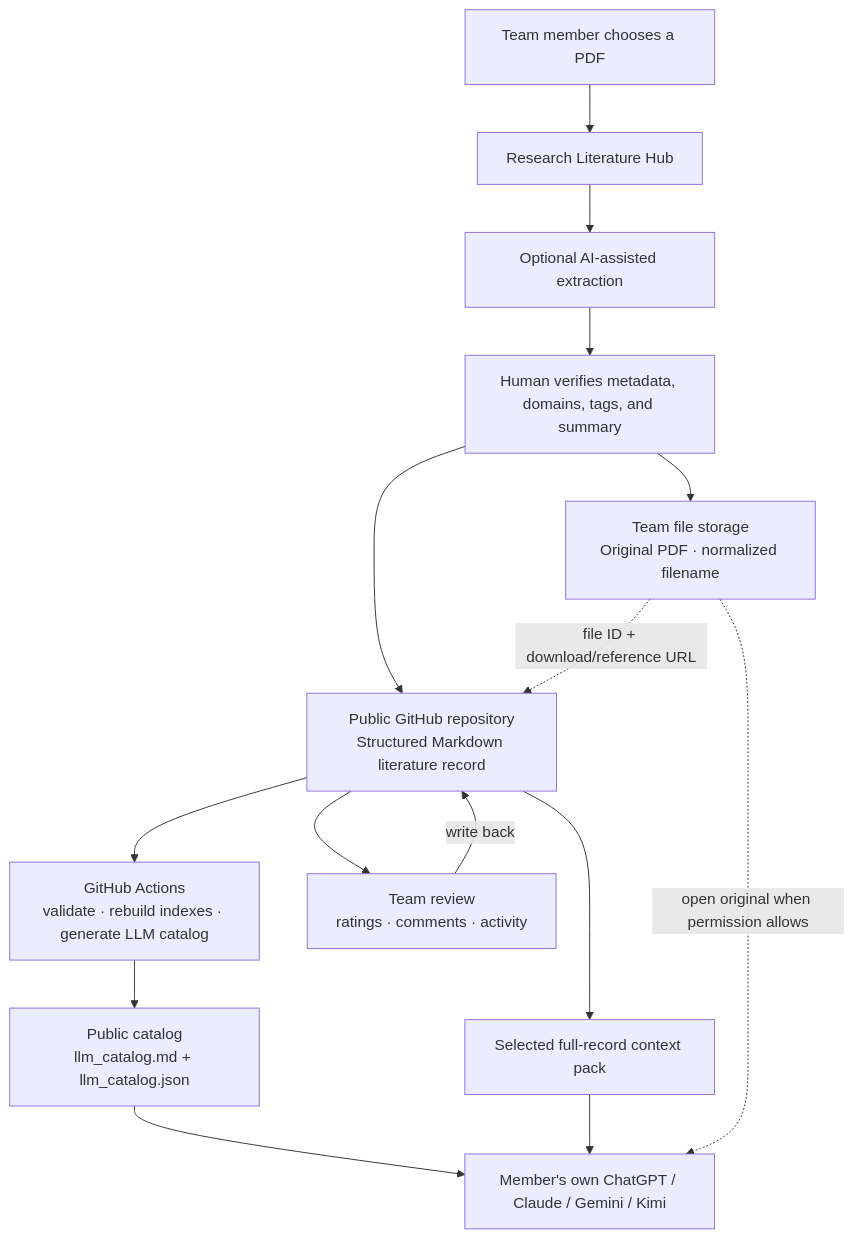
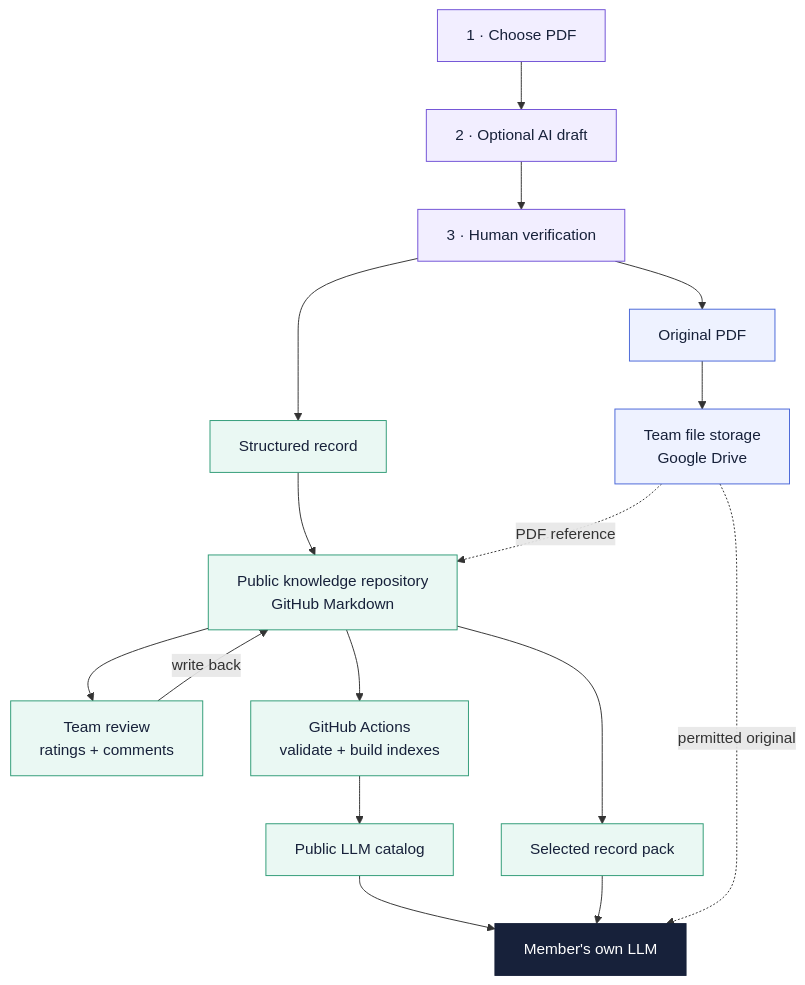
Before and after one commit to yzyzieee/Research-Literature-Hub: the diagram in README.md, drawn with Mermaid. The commit also changed 1 other file, not shown here.

Commit message:
docs: improve layered workflow readability

````diff
--- a/README.md
+++ b/README.md
@@ -66,21 +66,31 @@
 ```mermaid
 flowchart TB
-    U["Team member chooses a PDF"] --> APP["Research Literature Hub"]
-    APP --> X["Optional AI-assisted extraction"]
-    X --> V["Human verifies metadata, domains, tags, and summary"]
+    A["1 · Choose PDF"] --> B["2 · Optional AI draft"]
+    B --> C["3 · Human verification"]
 
-    V --> PDF["Team file storage<br/>Original PDF · normalized filename"]
-    V --> CARD["Public GitHub repository<br/>Structured Markdown literature record"]
-    PDF -. "file ID + download/reference URL" .-> CARD
+    C --> D["Original PDF"]
+    C --> E["Structured record"]
 
-    CARD --> CI["GitHub Actions<br/>validate · rebuild indexes · generate LLM catalog"]
-    CI --> CAT["Public catalog<br/>llm_catalog.md + llm_catalog.json"]
+    D --> F["Team file storage<br/>Google Drive"]
+    E --> G["Public knowledge repository<br/>GitHub Markdown"]
+    F -. "PDF reference" .-> G
 
-    CARD --> REVIEW["Team review<br/>ratings · comments · activity"]
-    REVIEW -->|"write back"| CARD
+    G --> R["Team review<br/>ratings + comments"]
+    R -->|"write back"| G
+    G --> I["GitHub Actions<br/>validate + build indexes"]
+    I --> J["Public LLM catalog"]
 
-    CAT --> LLM["Member's own ChatGPT / Claude / Gemini / Kimi"]
-    CARD --> PACK["Selected full-record context pack"]
-    PACK --> LLM
-    PDF -. "open original when permission allows" .-> LLM
+    G --> P["Selected record pack"]
+    J --> L["Member's own LLM"]
+    P --> L
+    F -. "permitted original" .-> L
+
+    classDef intake fill:#F2EEFF,stroke:#7051D6,color:#17213A;
+    classDef files fill:#EEF2FF,stroke:#4967D8,color:#17213A;
+    classDef knowledge fill:#EAF8F3,stroke:#2F9B76,color:#17213A;
+    classDef output fill:#17213A,stroke:#17213A,color:#FFFFFF;
+    class A,B,C intake;
+    class D,F files;
+    class E,G,R,I,J,P knowledge;
+    class L output;
 ```
````
